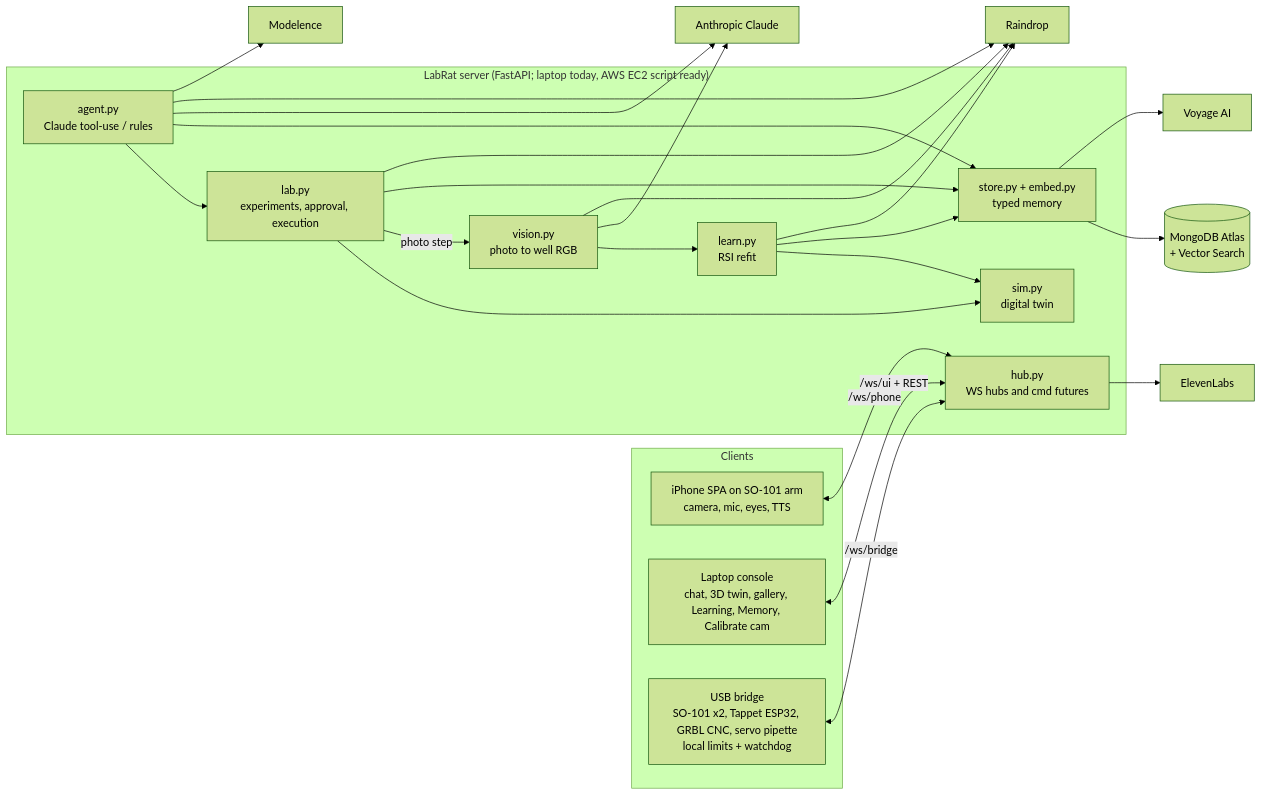
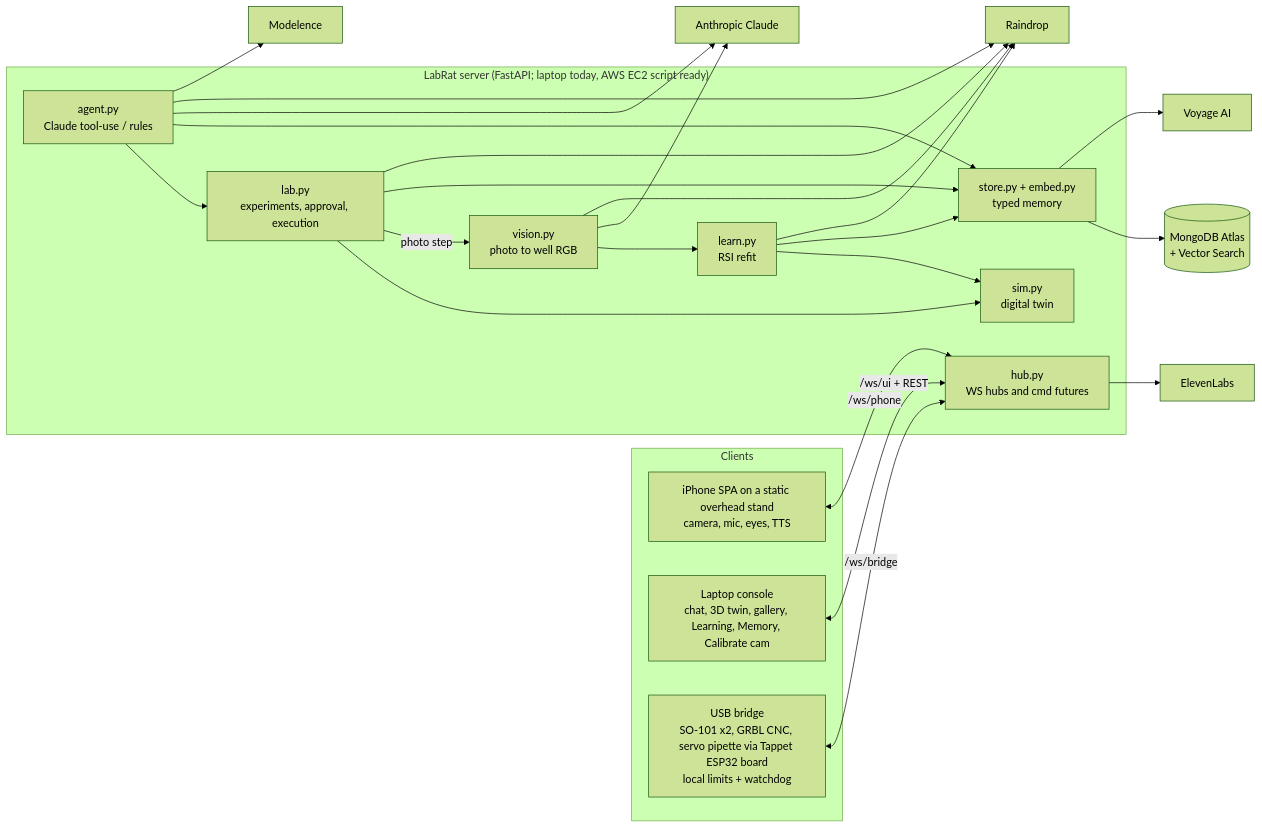
One commit to JacobFV/labrat changed the diagram in SUBMISSION.md. Above: the diagram before and after it, drawn with Mermaid (forest theme). The commit also changed other lines of this file and 41 other files, not shown here.

Commit message:
Realistic 3018 PRO CNC (build123d GLB) + official SO-101 URDF arms in the twin; static iPhone stand and side laptop; photo step no longer moves an arm (fresh-frame wait); docs match real bench layout

````diff
--- a/SUBMISSION.md
+++ b/SUBMISSION.md
@@ -18,30 +18,30 @@
 ```mermaid
 flowchart LR
   subgraph Clients
-    P[iPhone SPA on SO-101 arm<br/>camera, mic, eyes, TTS]
+    P[iPhone SPA on a static overhead stand<br/>camera, mic, eyes, TTS]
     W[Laptop console<br/>chat, 3D twin, gallery, Learning, Memory, Calibrate cam]
-    B[USB bridge<br/>SO-101 x2, Tappet ESP32, GRBL CNC, servo pipette<br/>local limits + watchdog]
+    B[USB bridge<br/>SO-101 x2, GRBL CNC, servo pipette via Tappet ESP32 board<br/>local limits + watchdog]
   end
   subgraph Server["LabRat server (FastAPI; laptop today, AWS EC2 script ready)"]
     H[hub.py<br/>WS hubs and cmd futures]
     A[agent.py<br/>Claude tool-use / rules]
     L[lab.py<br/>experiments, approval, execution]
     S[sim.py<br/>digital twin]
     V[vision.py<br/>photo to well RGB]
     R[learn.py<br/>RSI refit]
     M[store.py + embed.py<br/>typed memory]
   end
   P <-->|/ws/phone| H
   W <-->|/ws/ui + REST| H
   B <-->|/ws/bridge| H
   A --> L --> S
   L -->|photo step| V --> R --> S
   A & R & L --> M
   M --> Atlas[(MongoDB Atlas<br/>+ Vector Search)]
   M --> Voy[Voyage AI]
   A --> Claude[Anthropic Claude]
   V --> Claude
   H --> EL[ElevenLabs]
   A & L & R & V --> RD[Raindrop]
   A --> MD[Modelence]
 ```
````
